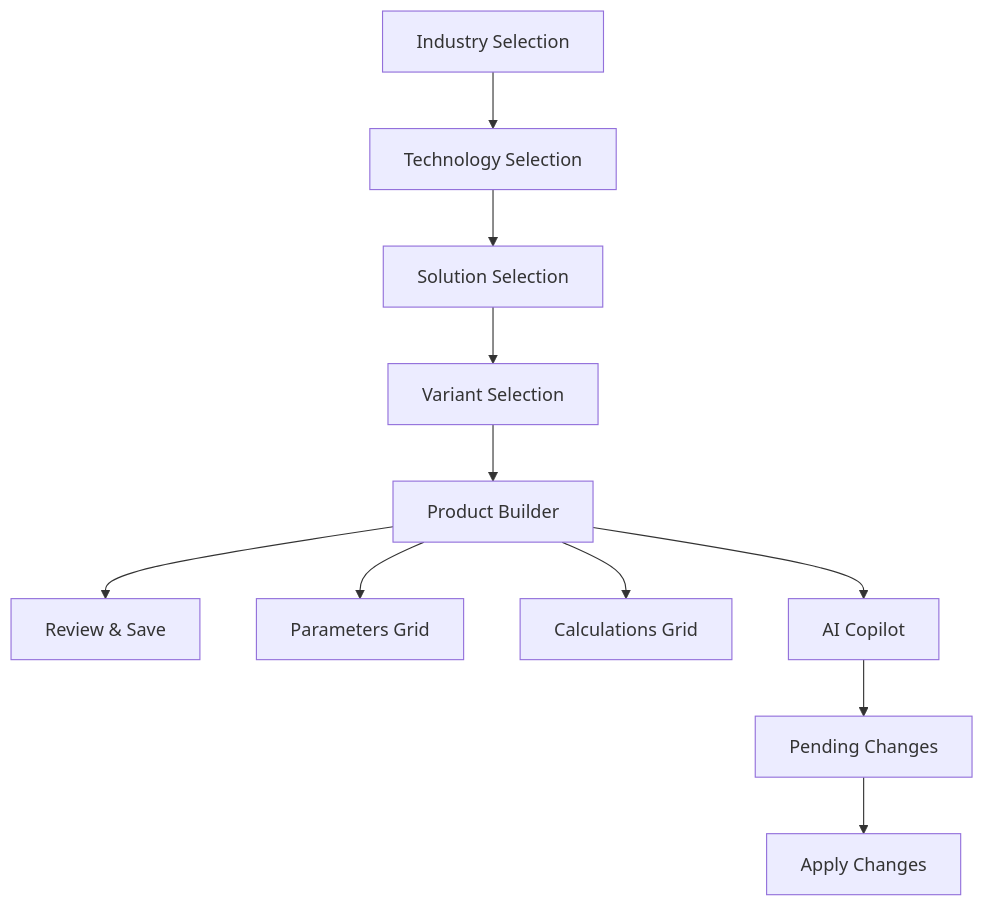
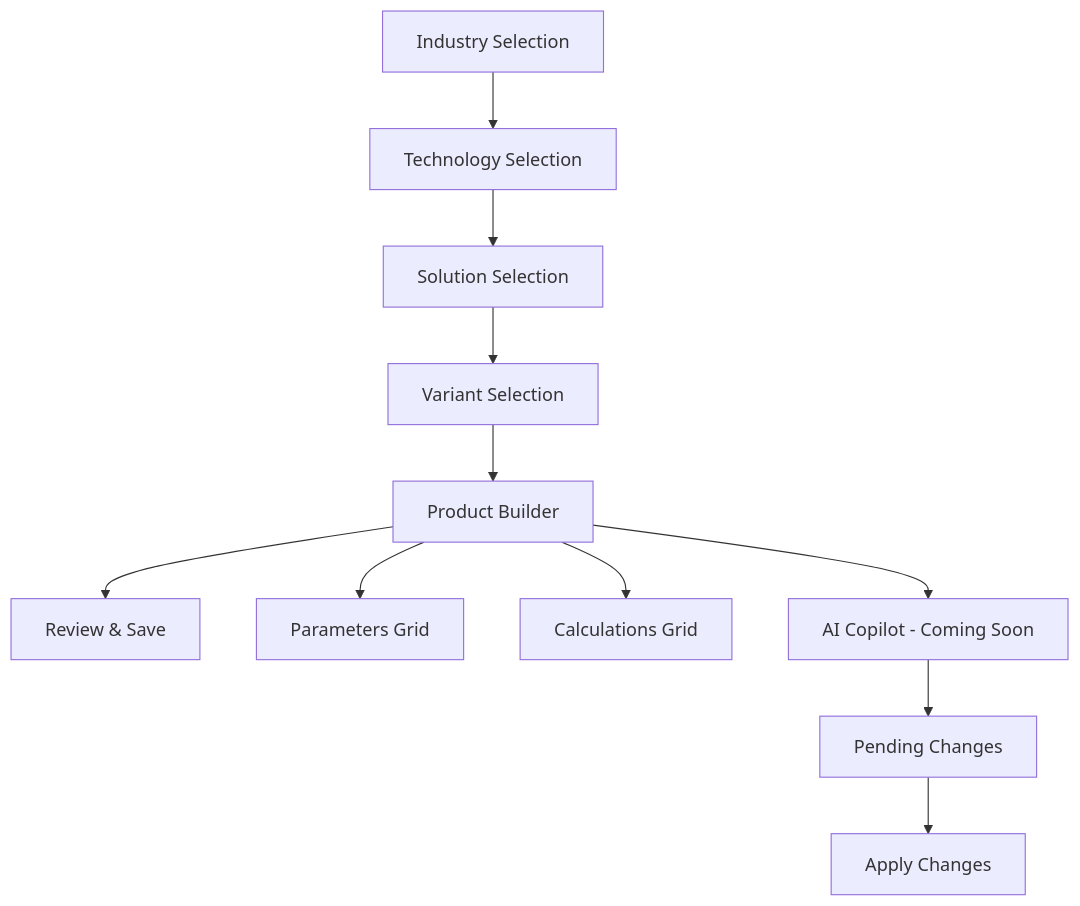
Before and after one commit to AlexKapadia/config-wizard-forge: the diagram in README.md, drawn with Mermaid. The commit also changed other lines of this file and 3 other files, not shown here.

````diff
--- a/README.md
+++ b/README.md
@@ -36,15 +33,15 @@
 ```mermaid
 graph TD
     A[Industry Selection] --> B[Technology Selection]
     B --> C[Solution Selection]
     C --> D[Variant Selection]
     D --> E[Product Builder]
     E --> F[Review & Save]
     
     E --> G[Parameters Grid]
     E --> H[Calculations Grid]
-    E --> I[AI Copilot]
+    E --> I[AI Copilot - Coming Soon]
     
     I --> J[Pending Changes]
     J --> K[Apply Changes]
 ```
````
